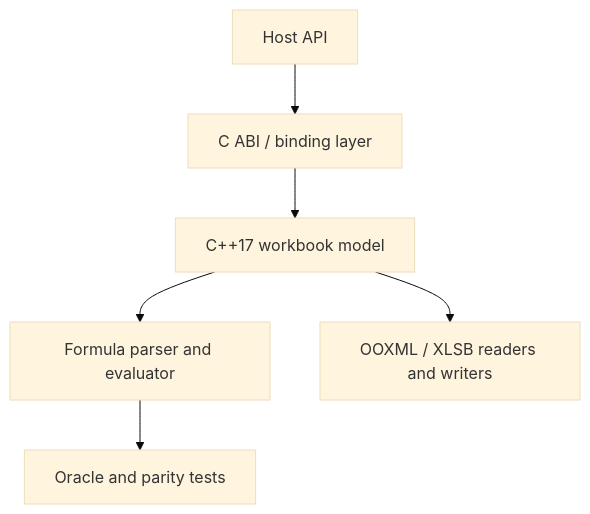
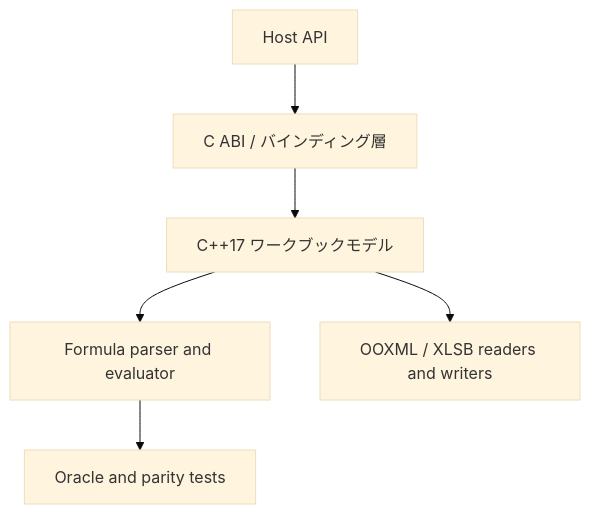
One commit to libraz/formulon-homepage changed the diagram in src/ja/development/architecture.md. Above: the diagram before and after it, drawn with Mermaid (base theme). The commit also changed other lines of this file and 49 other files, not shown here.

````diff
--- a/src/ja/development/architecture.md
+++ b/src/ja/development/architecture.md
@@ -13,8 +13,8 @@
 ```mermaid
 flowchart TB
-  A[Host API] --> B[C ABI / binding layer]
-  B --> C[C++17 workbook model]
+  A[Host API] --> B[C ABI / バインディング層]
+  B --> C[C++17 ワークブックモデル]
   C --> D[Formula parser and evaluator]
   C --> E[OOXML / XLSB readers and writers]
   D --> F[Oracle and parity tests]
 ```
````
